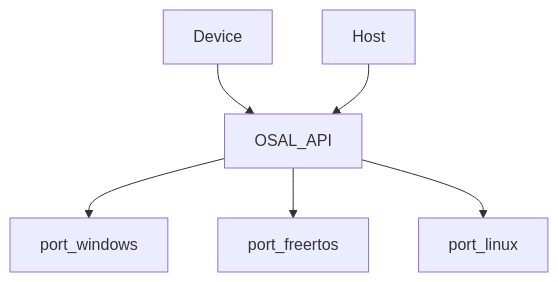
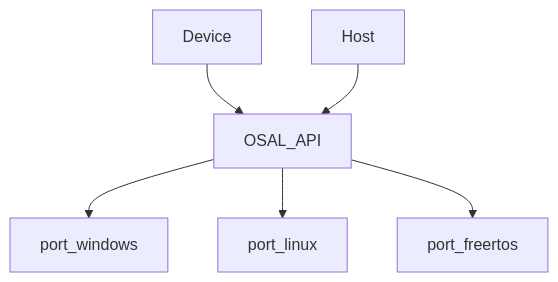
One commit to BoydWPaine/MiniPatientMonitor changed the second of 5 diagrams in docs/Architecture.md. Above: the diagram before and after it, drawn with Mermaid. The commit also changed other lines of this file and 6 other files, not shown here.

````diff
--- a/docs/Architecture.md
+++ b/docs/Architecture.md
@@ -70,8 +85,8 @@
 ```mermaid
 flowchart TD
     DeviceApp[Device] --> OSAL[OSAL_API]
     HostApp[Host] --> OSAL
     OSAL --> PortWin[port_windows]
+    OSAL --> PortLinux[port_linux]
     OSAL --> PortRTOS[port_freertos]
-    OSAL --> PortLinux[port_linux]
 ```
````
